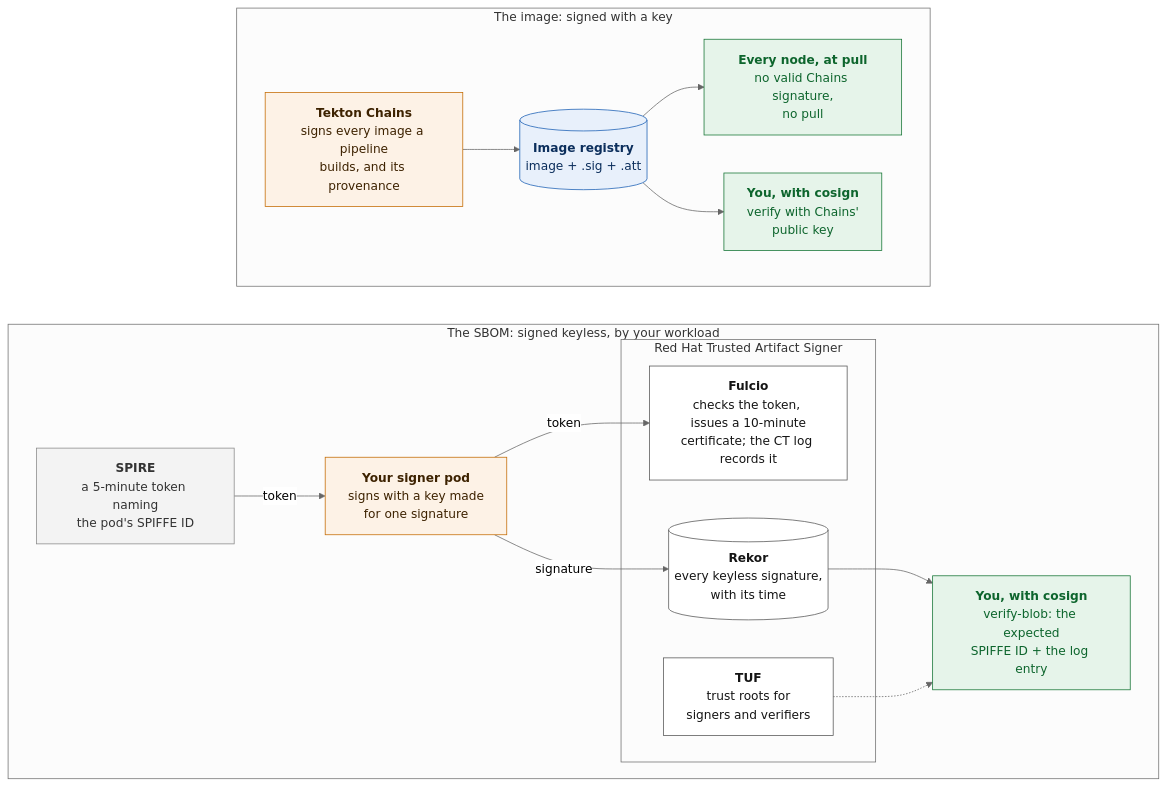
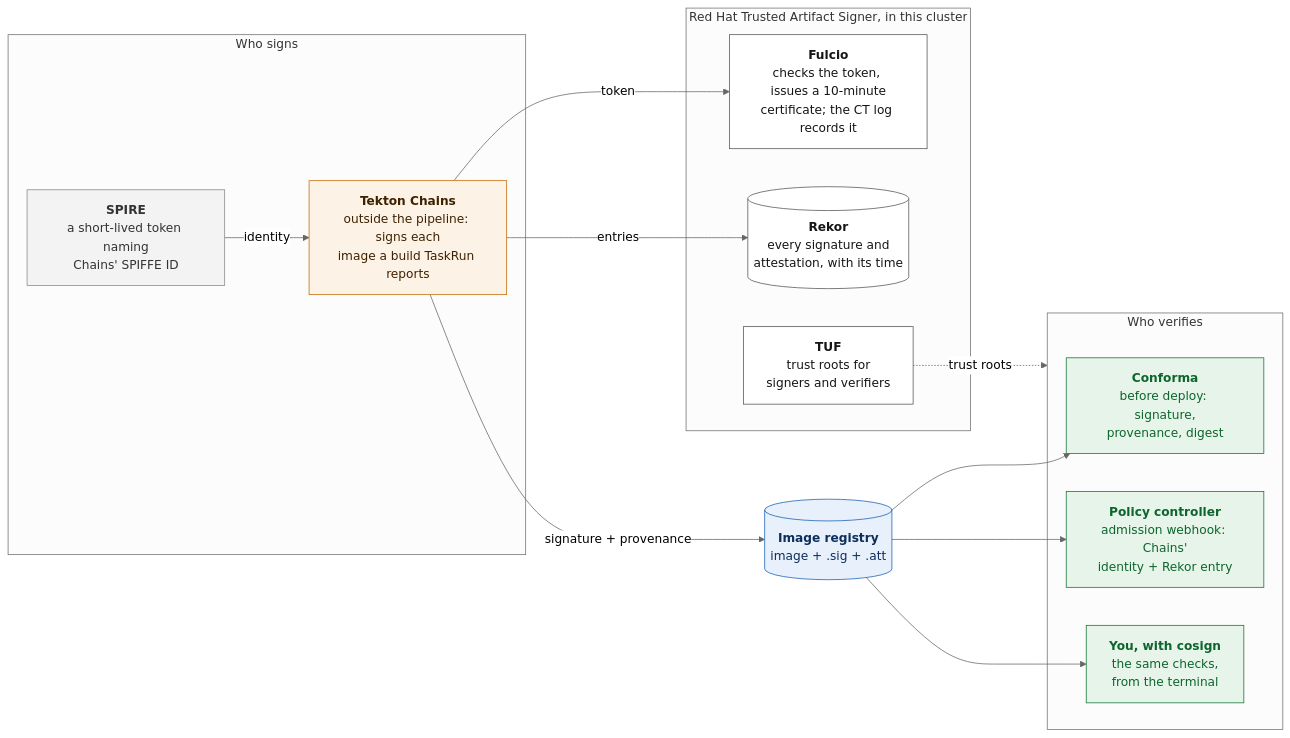
One commit to serhat-dirik/OCP-Getting-Started-Revamped changed the diagram in content/modules/ROOT/examples/diagrams/trusted-supply-chain/10-signing-components.mmd. Above: the diagram before and after it, drawn with Mermaid (neutral theme). The commit also changed 19 other files, not shown here.

First line of the commit message:
feat(trusted-supply-chain): one pipeline the attendee runs, then explained

```diff
--- a/content/modules/ROOT/examples/diagrams/trusted-supply-chain/10-signing-components.mmd
+++ b/content/modules/ROOT/examples/diagrams/trusted-supply-chain/10-signing-components.mmd
@@ -1,45 +1,40 @@
 %% How the signing works: who signs, Red Hat Trusted Artifact Signer, who verifies (concept page).
-%% Two lanes because this module signs two things two ways: Tekton Chains signs the IMAGE with a
-%% key (stored next to it, checked by the node at pull), and the attendee's own workload signs the
-%% SBOM keyless (SPIFFE identity -> Fulcio certificate -> Rekor). No edge joins the two lanes, so
-%% each lane is laid out on its own and its `direction LR` is honoured; TAS declares none, because
-%% edges cross into it (tools/lint/diagram-size-guard.py, rule ignored-direction). The CT log sits
-%% inside Fulcio's box and the component table lists it: a fourth TAS box stacked the lane 1085px
-%% tall (measured 2026-11-15). Mermaid stacks unjoined lanes last-declared on top, so IMAGE is last.
+%% One signer, Tekton Chains, keyless: SPIRE gives the Chains controller its SPIFFE identity, Fulcio
+%% certifies it for 10 minutes, Chains pushes the signature and provenance next to the image and Rekor
+%% records both. Three verifiers read the same material: Conforma (before deploy), the policy
+%% controller (admission), you with cosign. No subgraph declares `direction`, because edges cross into
+%% every one of them (tools/lint/diagram-size-guard.py, rule ignored-direction). 2026-11-15.
 flowchart LR
-  subgraph SBOM["The SBOM: signed keyless, by your workload"]
-    direction LR
-    SPIRE["<b>SPIRE</b><br/>a 5-minute token naming<br/>the pod's SPIFFE ID"]
-    POD["<b>Your signer pod</b><br/>signs with a key made<br/>for one signature"]
-    subgraph TAS["Red Hat Trusted Artifact Signer"]
-      FUL["<b>Fulcio</b><br/>checks the token, issues a 10-minute<br/>certificate; the CT log records it"]
-      REK[("<b>Rekor</b><br/>every keyless signature,<br/>with its time")]
-      TUF["<b>TUF</b><br/>trust roots for<br/>signers and verifiers"]
-    end
-    YOU2["<b>You, with cosign</b><br/>verify-blob: the expected<br/>SPIFFE ID + the log entry"]
+  subgraph SIGN["Who signs"]
+    SPIRE["<b>SPIRE</b><br/>a short-lived token naming<br/>Chains' SPIFFE ID"]
+    CH["<b>Tekton Chains</b><br/>outside the pipeline: signs each<br/>image a build TaskRun reports"]
   end
-  subgraph IMAGE["The image: signed with a key"]
-    direction LR
-    CH["<b>Tekton Chains</b><br/>signs every image a pipeline<br/>builds, and its provenance"]
-    REG[("<b>Image registry</b><br/>image + .sig + .att")]
-    NODE["<b>Every node, at pull</b><br/>no valid Chains signature,<br/>no pull"]
-    YOU1["<b>You, with cosign</b><br/>verify with Chains'<br/>public key"]
+  subgraph TAS["Red Hat Trusted Artifact Signer, in this cluster"]
+    FUL["<b>Fulcio</b><br/>checks the token, issues a 10-minute<br/>certificate; the CT log records it"]
+    REK[("<b>Rekor</b><br/>every signature and<br/>attestation, with its time")]
+    TUF["<b>TUF</b><br/>trust roots for<br/>signers and verifiers"]
   end
-  SPIRE -->|token| POD
-  POD -->|token| FUL
-  POD -->|signature| REK
-  REK --> YOU2
-  TUF -.-> YOU2
-  CH --> REG
-  REG --> NODE
-  REG --> YOU1
+  REG[("<b>Image registry</b><br/>image + .sig + .att")]
+  subgraph VER["Who verifies"]
+    EC["<b>Conforma</b><br/>before deploy: signature,<br/>provenance, digest"]
+    PC["<b>Policy controller</b><br/>admission webhook: Chains'<br/>identity + Rekor entry"]
+    YOU["<b>You, with cosign</b><br/>the same checks,<br/>from the terminal"]
+  end
+  SPIRE -->|identity| CH
+  CH -->|token| FUL
+  CH -->|signature + provenance| REG
+  CH -->|entries| REK
+  REG --> EC
+  REG --> PC
+  REG --> YOU
+  TUF -.->|trust roots| VER
   classDef sign fill:#fdf2e6,stroke:#c46a00,color:#3d2200;
   classDef tas fill:#ffffff,stroke:#555555,color:#151515;
   classDef ver fill:#e6f4ea,stroke:#137333,color:#0d652d;
   classDef reg fill:#e8f0fb,stroke:#1a5fb4,color:#0b2e5c;
   classDef plat fill:#f3f3f3,stroke:#888888,color:#333333;
-  class CH,POD sign;
+  class CH sign;
   class FUL,REK,TUF tas;
-  class NODE,YOU1,YOU2 ver;
+  class EC,PC,YOU ver;
   class REG reg;
   class SPIRE plat;
```
